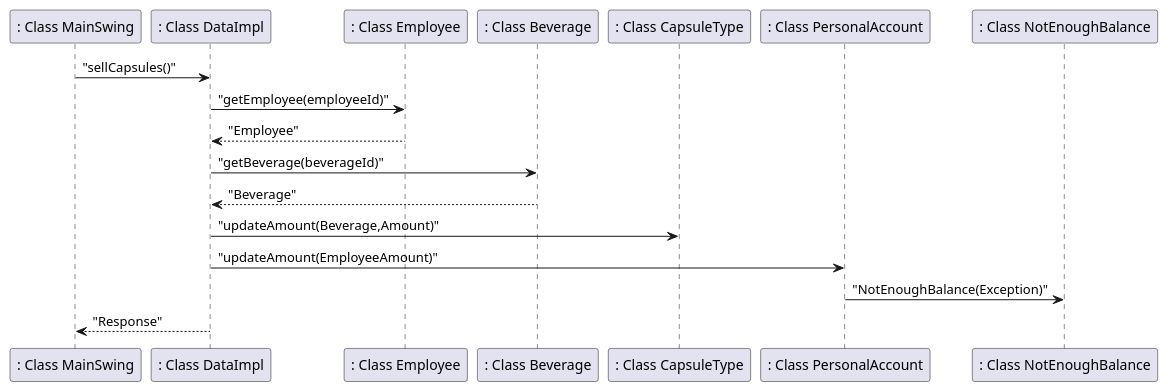
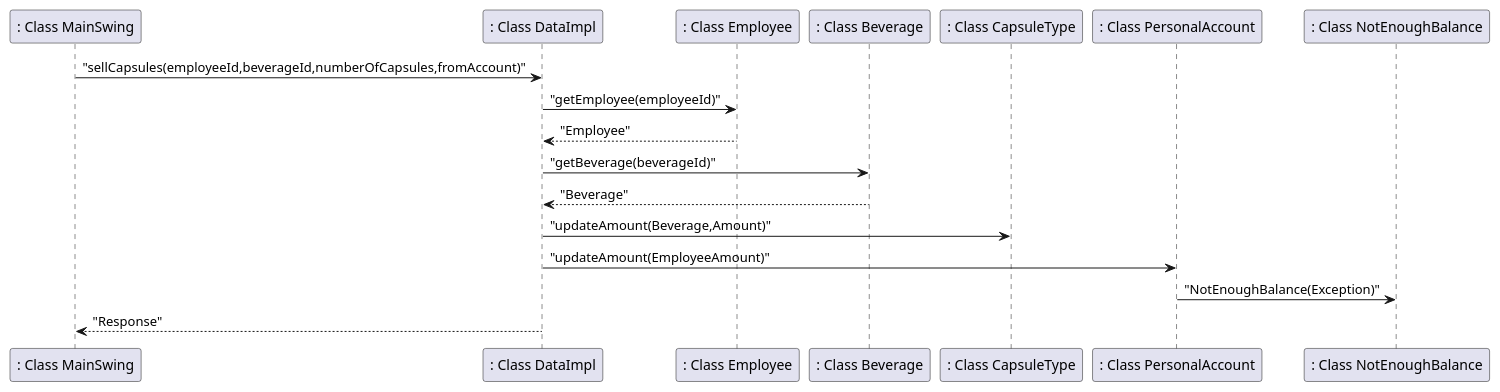
Before and after one commit to salvatore-dimartino/LaTazza: the seventh of 7 diagrams in templates/DesignDocumentTemplate.md, drawn with PlantUML. The commit also changed other lines of this file, not shown here.

````diff
--- a/templates/DesignDocumentTemplate.md
+++ b/templates/DesignDocumentTemplate.md
@@ -296,11 +296,11 @@
 ```plantuml
-": Class MainSwing" -> ": Class DataImpl": "sellCapsules()"
+": Class MainSwing" -> ": Class DataImpl": "sellCapsules(employeeId,beverageId,numberOfCapsules,fromAccount)"
 ": Class DataImpl" -> ": Class Employee": "getEmployee(employeeId)"
 ": Class Employee" --> ": Class DataImpl": "Employee"
 ": Class DataImpl" -> ": Class Beverage": "getBeverage(beverageId)"
 ": Class Beverage" --> ": Class DataImpl": "Beverage"
 ": Class DataImpl" -> ": Class CapsuleType": "updateAmount(Beverage,Amount)"
 ": Class DataImpl" -> ": Class PersonalAccount": "updateAmount(EmployeeAmount)"
 ": Class PersonalAccount" -> ": Class NotEnoughBalance": "NotEnoughBalance(Exception)"
 ": Class DataImpl" --> ": Class MainSwing": "Response"
 ```
````
